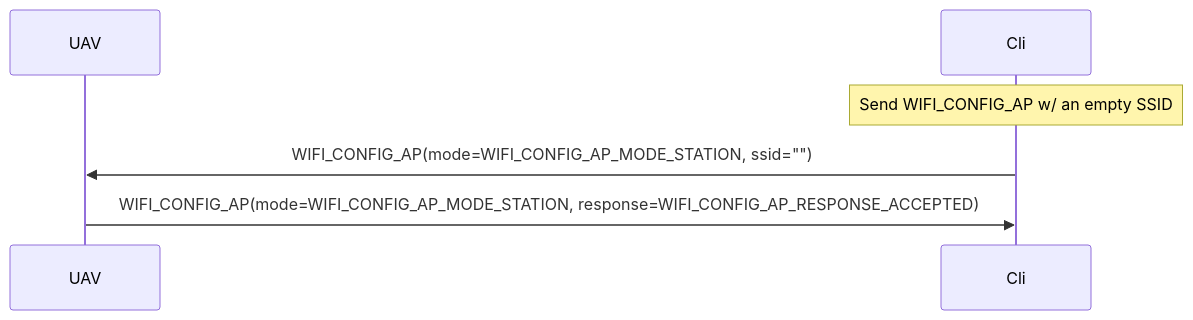
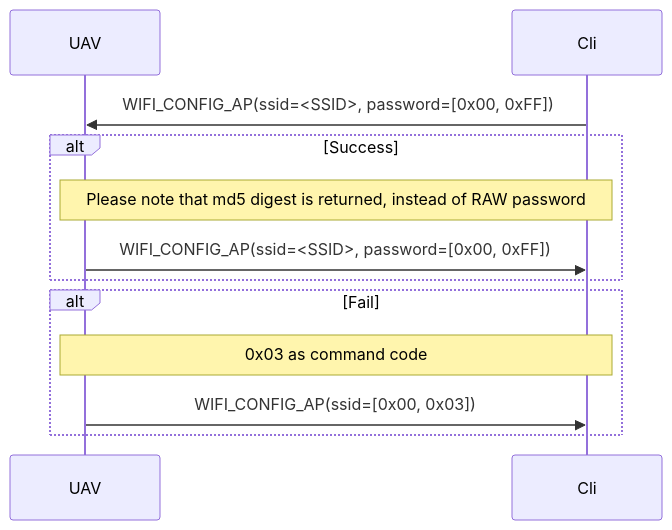
Before and after one commit to geoscan/pioneer_sdk: the third of 4 diagrams in pioneer_sdk/mavsub/README.md, drawn with Mermaid. The commit also changed other lines of this file, not shown here.

````diff
--- a/pioneer_sdk/mavsub/README.md
+++ b/pioneer_sdk/mavsub/README.md
@@ -63,8 +92,16 @@
 ```mermaid
 sequenceDiagram
 	participant UAV
 	participant Cli
-	note over Cli: Send WIFI_CONFIG_AP w/ an empty SSID
-	Cli ->> UAV: WIFI_CONFIG_AP(mode=WIFI_CONFIG_AP_MODE_STATION, ssid="")
-	UAV ->> Cli: WIFI_CONFIG_AP(mode=WIFI_CONFIG_AP_MODE_STATION, response=WIFI_CONFIG_AP_RESPONSE_ACCEPTED)
+	Cli ->> UAV: WIFI_CONFIG_AP(ssid=<SSID>, password=[0x00, 0xFF])
+
+	alt Success
+		note over UAV, Cli: Please note that md5 digest is returned, instead of RAW password
+		UAV ->> Cli: WIFI_CONFIG_AP(ssid=<SSID>, password=[0x00, 0xFF])
+	end
+
+	alt Fail
+		note over Cli, UAV: 0x03 as command code
+		UAV ->> Cli: WIFI_CONFIG_AP(ssid=[0x00, 0x03])
+	end
 ```
````
